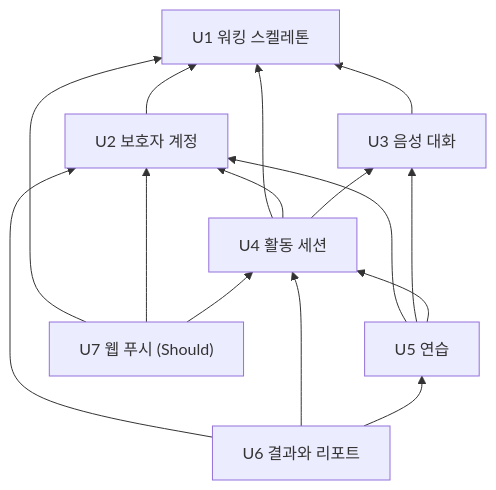
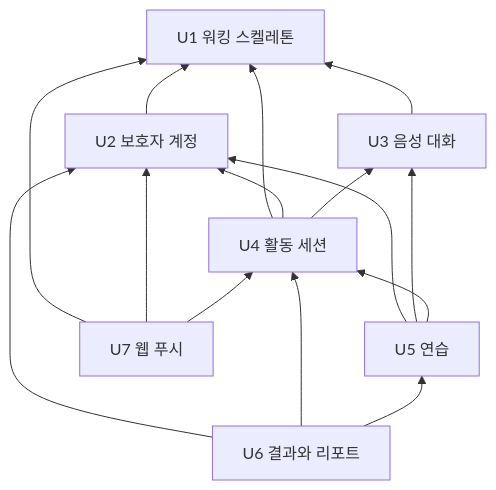
Before and after one commit to team-jomyung/mujungi: the diagram in aidlc/spaces/default/intents/261008-mujoong-service/inception/units-generation/unit-of-work-dependency.md, drawn with Mermaid. The commit also changed other lines of this file and 19 other files, not shown here.

````diff
--- a/aidlc/spaces/default/intents/261008-mujoong-service/inception/units-generation/unit-of-work-dependency.md
+++ b/aidlc/spaces/default/intents/261008-mujoong-service/inception/units-generation/unit-of-work-dependency.md
@@ -44,24 +44,24 @@
 ```mermaid
 graph BT
   U1["U1 워킹 스켈레톤"]
   U2["U2 보호자 계정"]
   U3["U3 음성 대화"]
   U4["U4 활동 세션"]
   U5["U5 연습"]
   U6["U6 결과와 리포트"]
-  U7["U7 웹 푸시 (Should)"]
+  U7["U7 웹 푸시"]
   U2 --> U1
   U3 --> U1
   U4 --> U1
   U4 --> U2
   U4 --> U3
   U5 --> U2
   U5 --> U3
   U5 --> U4
   U6 --> U2
   U6 --> U4
   U6 --> U5
   U7 --> U1
   U7 --> U2
   U7 --> U4
 ```
````
